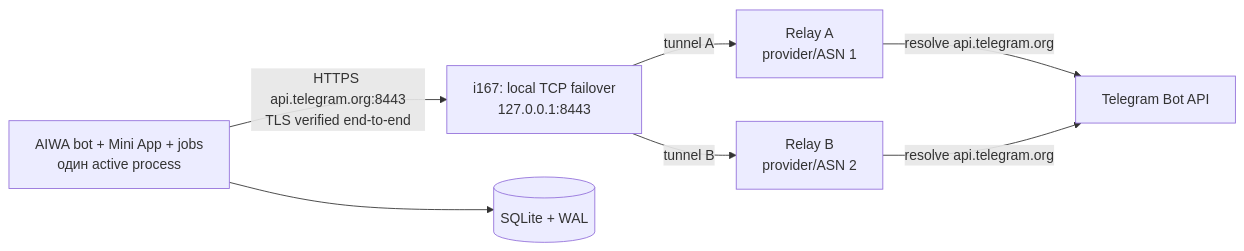
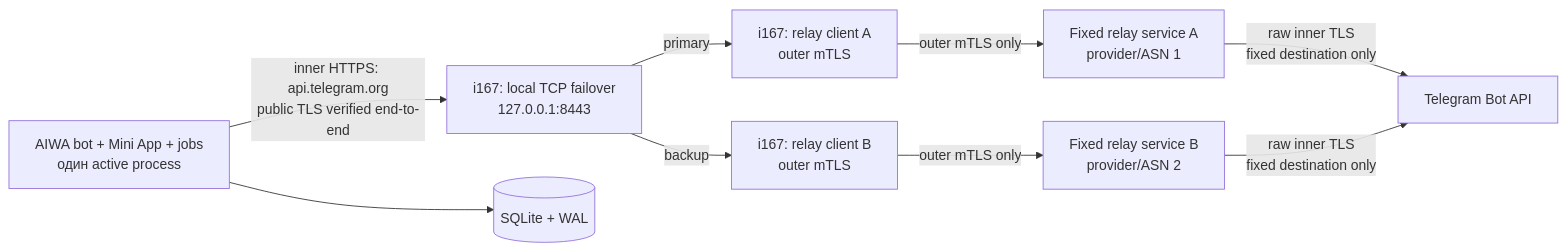
The first of 2 diagrams in docs/operations/i167-production-migration-plan.md (sboo-create/aiwa-bot), drawn with Mermaid before and after one commit. The commit also changed other lines of this file, not shown here.

Commit message:
Refine i167 relay and domain migration plan

````diff
--- a/docs/operations/i167-production-migration-plan.md
+++ b/docs/operations/i167-production-migration-plan.md
@@ -97,16 +151,20 @@
 ```mermaid
 flowchart LR
     TG["Telegram Bot API"]
     LB["i167: local TCP failover<br/>127.0.0.1:8443"]
+    CA["i167: relay client A<br/>outer mTLS"]
+    CB["i167: relay client B<br/>outer mTLS"]
     APP["AIWA bot + Mini App + jobs<br/>один active process"]
     DB[("SQLite + WAL")]
-    RA["Relay A<br/>provider/ASN 1"]
-    RB["Relay B<br/>provider/ASN 2"]
+    RA["Fixed relay service A<br/>provider/ASN 1"]
+    RB["Fixed relay service B<br/>provider/ASN 2"]
 
-    APP -->|"HTTPS api.telegram.org:8443<br/>TLS verified end-to-end"| LB
-    LB -->|"tunnel A"| RA
-    LB -->|"tunnel B"| RB
-    RA -->|"resolve api.telegram.org"| TG
-    RB -->|"resolve api.telegram.org"| TG
+    APP -->|"inner HTTPS: api.telegram.org<br/>public TLS verified end-to-end"| LB
+    LB -->|"primary"| CA
+    LB -->|"backup"| CB
+    CA -->|"outer mTLS only"| RA
+    CB -->|"outer mTLS only"| RB
+    RA -->|"raw inner TLS<br/>fixed destination only"| TG
+    RB -->|"raw inner TLS<br/>fixed destination only"| TG
     APP --> DB
 ```
````
